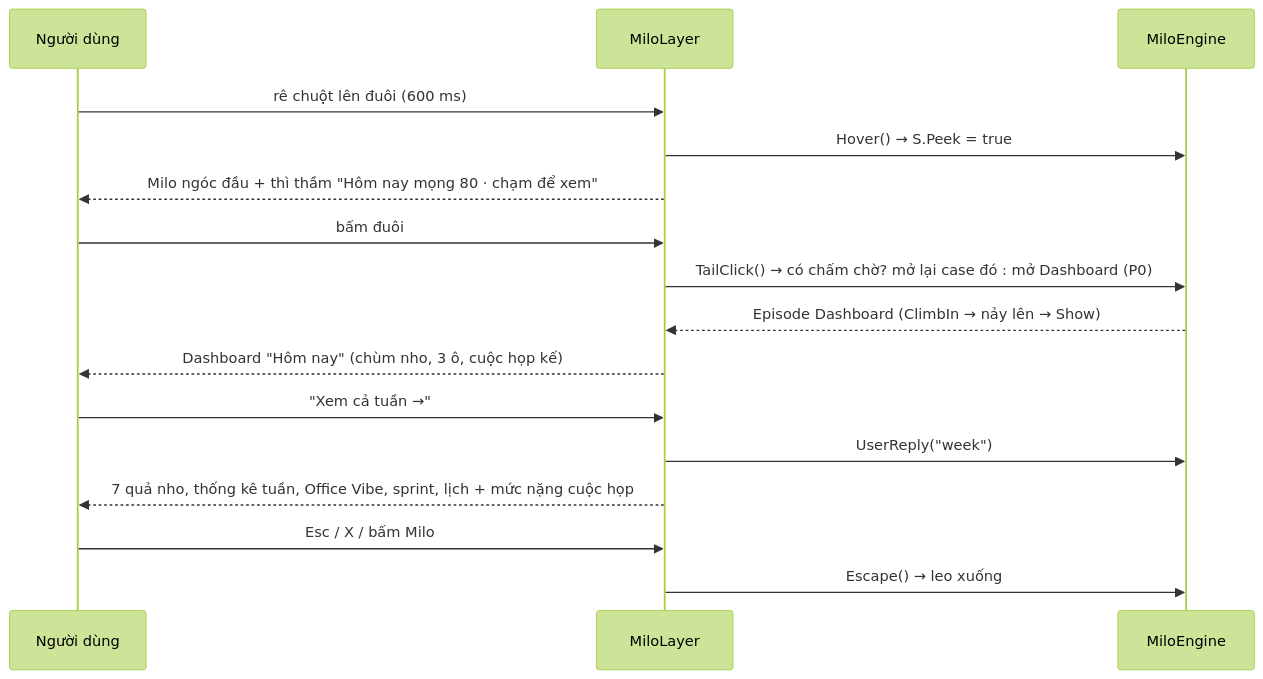
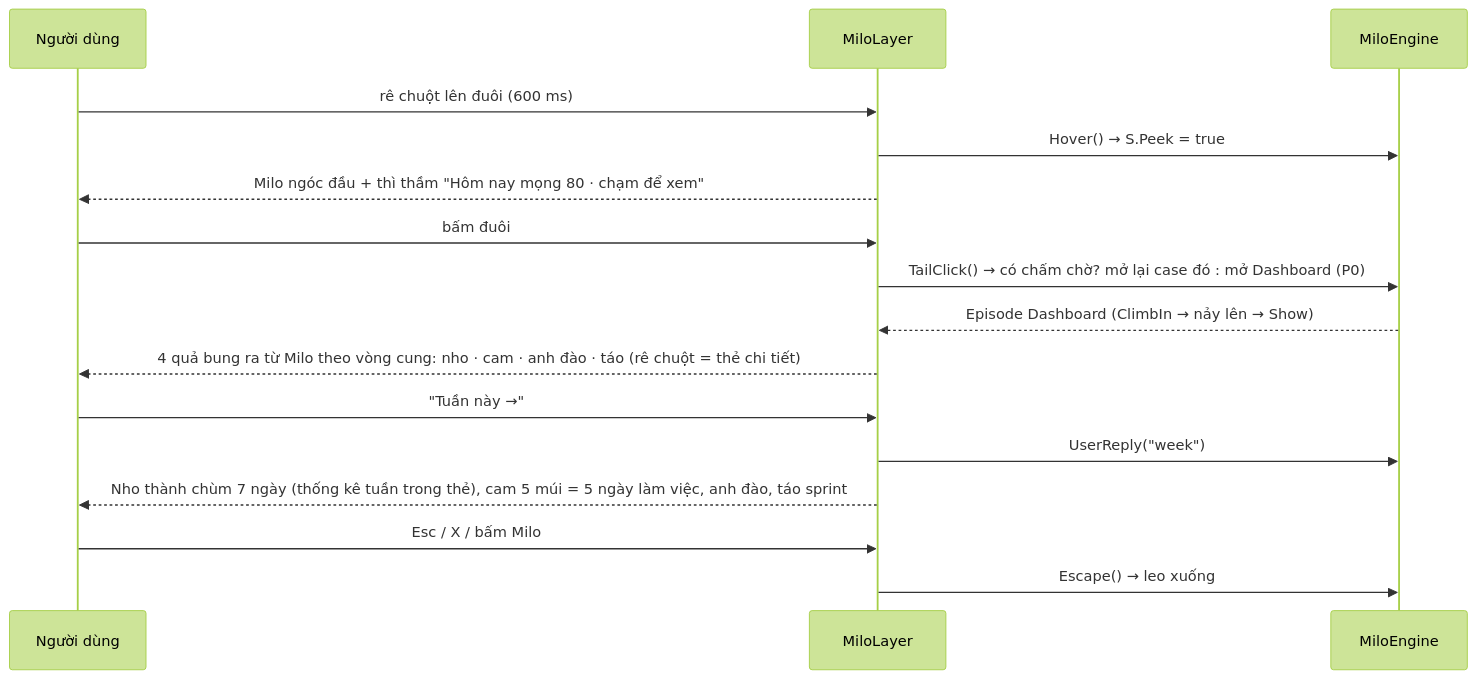
One commit to Killig3110/mindiful changed the ninth of 15 diagrams in docs/KIEN-TRUC.md. Above: the diagram before and after it, drawn with Mermaid (forest theme). The commit also changed other lines of this file and 19 other files, not shown here.

````diff
--- a/docs/KIEN-TRUC.md
+++ b/docs/KIEN-TRUC.md
@@ -425,18 +425,18 @@
 ```mermaid
 sequenceDiagram
     participant U as Người dùng
     participant L as MiloLayer
     participant E as MiloEngine
     U->>L: rê chuột lên đuôi (600 ms)
     L->>E: Hover() → S.Peek = true
     L-->>U: Milo ngóc đầu + thì thầm "Hôm nay mọng 80 · chạm để xem"
     U->>L: bấm đuôi
     L->>E: TailClick() → có chấm chờ? mở lại case đó : mở Dashboard (P0)
     E-->>L: Episode Dashboard (ClimbIn → nảy lên → Show)
-    L-->>U: Dashboard "Hôm nay" (chùm nho, 3 ô, cuộc họp kế)
-    U->>L: "Xem cả tuần →"
+    L-->>U: 4 quả bung ra từ Milo theo vòng cung: nho · cam · anh đào · táo (rê chuột = thẻ chi tiết)
+    U->>L: "Tuần này →"
     L->>E: UserReply("week")
-    L-->>U: 7 quả nho, thống kê tuần, Office Vibe, sprint, lịch + mức nặng cuộc họp
+    L-->>U: Nho thành chùm 7 ngày (thống kê tuần trong thẻ), cam 5 múi = 5 ngày làm việc, anh đào, táo sprint
     U->>L: Esc / X / bấm Milo
     L->>E: Escape() → leo xuống
 ```
````
